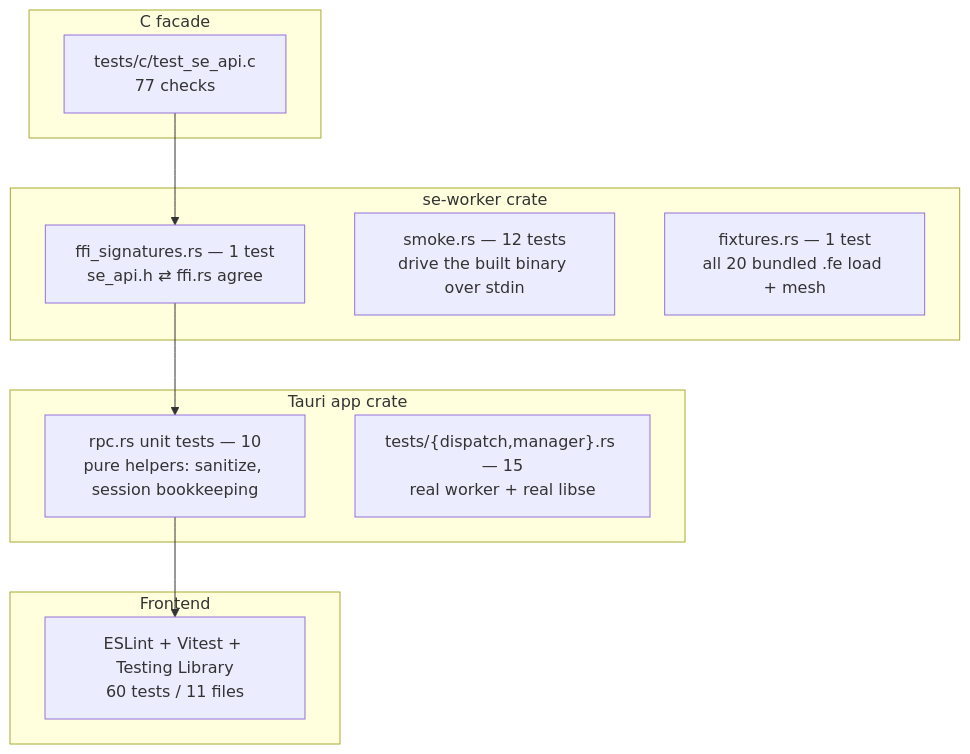
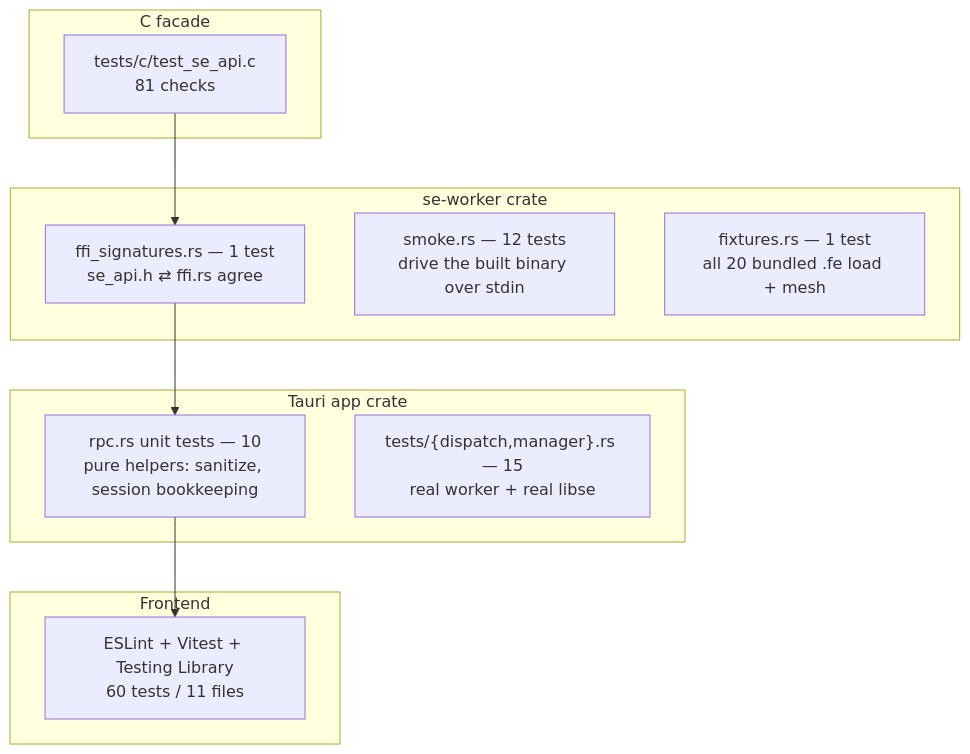
One commit to sersergious/surface-evolver changed the fifth of 6 diagrams in ARCHITECTURE.md. Above: the diagram before and after it, drawn with Mermaid. The commit also changed other lines of this file and 18 other files, not shown here.

````diff
--- a/ARCHITECTURE.md
+++ b/ARCHITECTURE.md
@@ -266,19 +265,19 @@
 ```mermaid
 flowchart TB
     subgraph C["C facade"]
-        CT["tests/c/test_se_api.c<br/>77 checks"]
+        CT["tests/c/test_se_api.c<br/>81 checks"]
     end
     subgraph Worker["se-worker crate"]
         WF["ffi_signatures.rs — 1 test<br/>se_api.h ⇄ ffi.rs agree"]
         WS["smoke.rs — 12 tests<br/>drive the built binary over stdin"]
         WX["fixtures.rs — 1 test<br/>all 20 bundled .fe load + mesh"]
     end
     subgraph App["Tauri app crate"]
         AU["rpc.rs unit tests — 10<br/>pure helpers: sanitize, session bookkeeping"]
         AI["tests/{dispatch,manager}.rs — 15<br/>real worker + real libse"]
     end
     subgraph FE["Frontend"]
         FT["ESLint + Vitest + Testing Library<br/>60 tests / 11 files"]
     end
     CT --> WF --> AU --> FT
 ```
````
